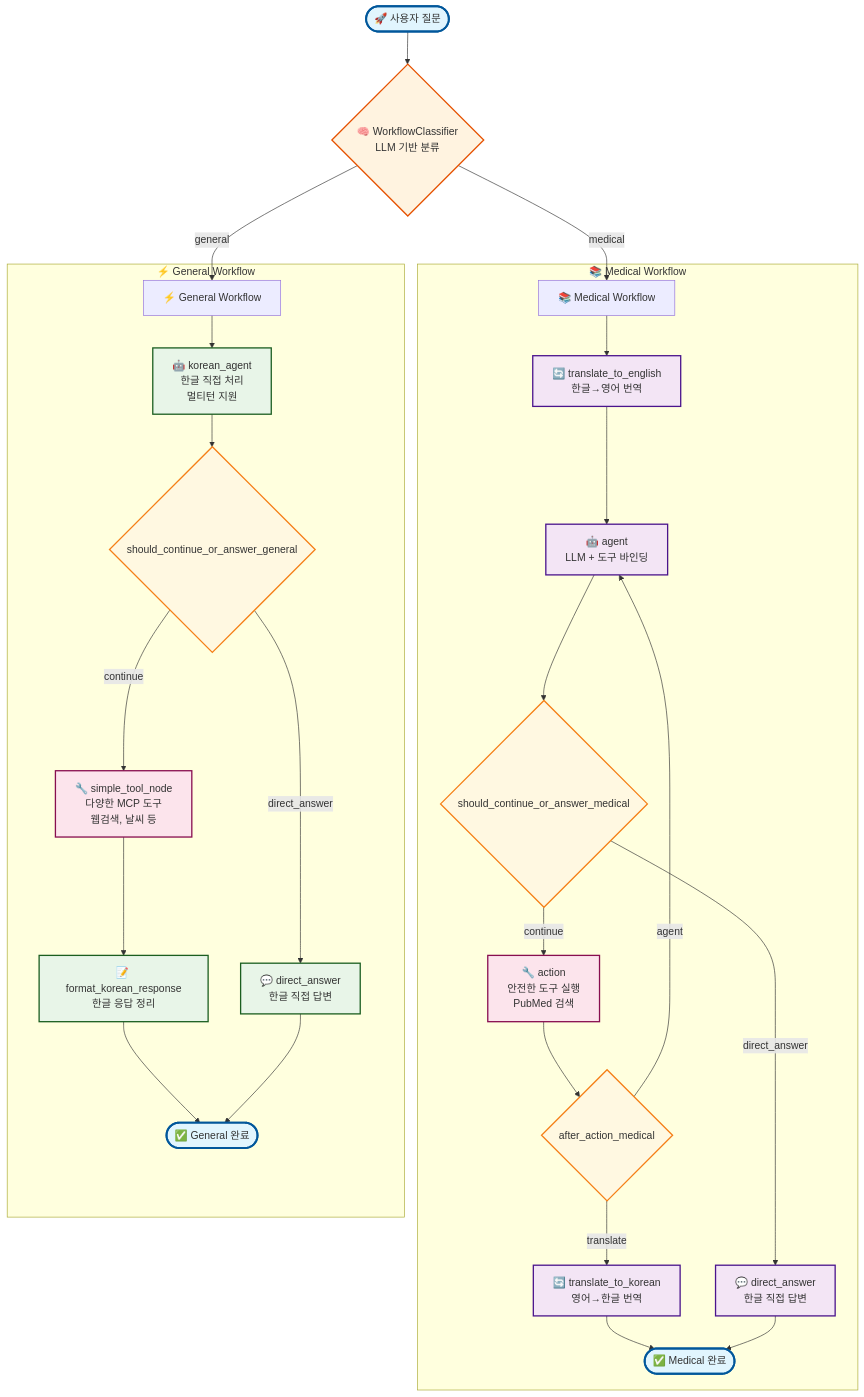
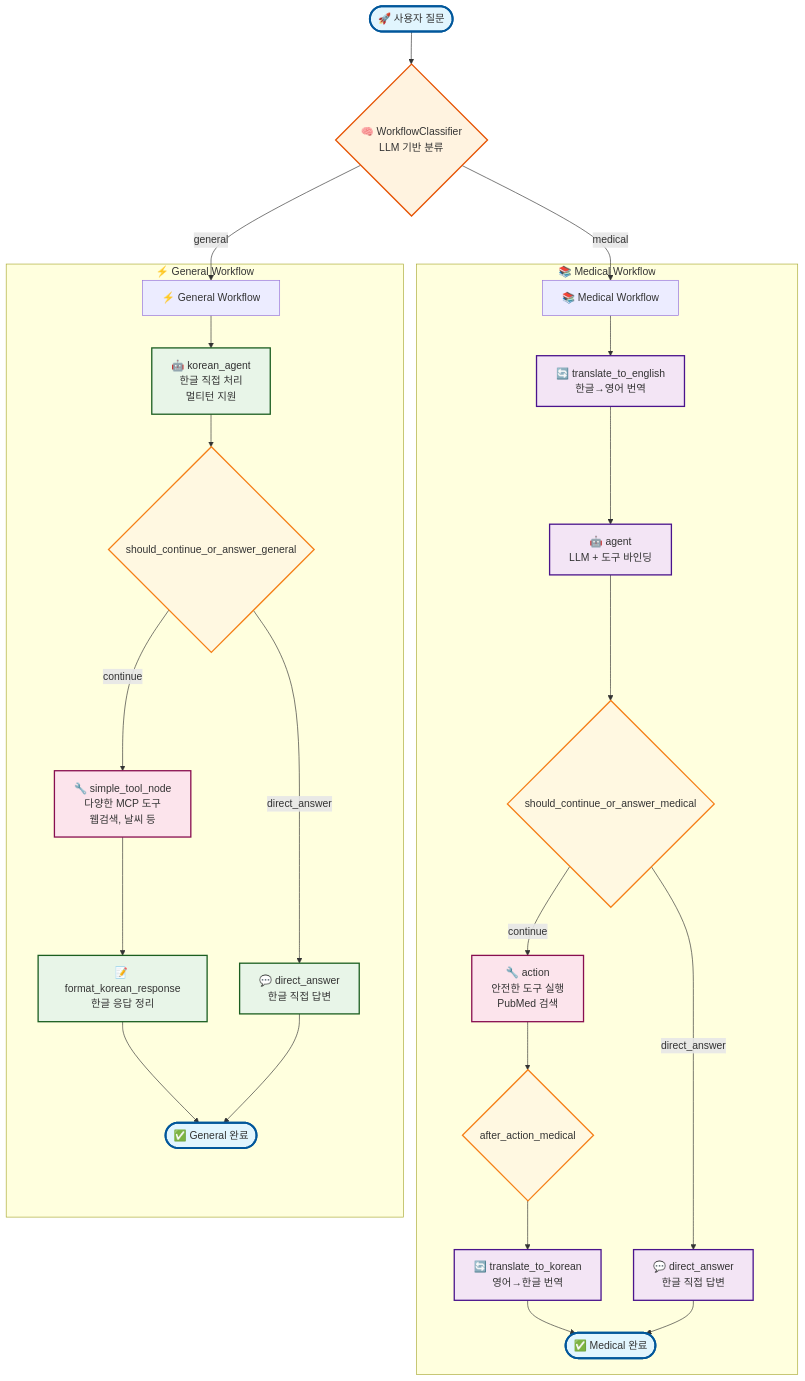
One commit to meloncan/Med-Search changed the first of 6 diagrams in README.md. Above: the diagram before and after it, drawn with Mermaid. The commit also changed other lines of this file, not shown here.

````diff
--- a/README.md
+++ b/README.md
@@ -41,48 +41,47 @@
 ```mermaid
 graph TD
     START([🚀 사용자 질문]) --> CLASSIFIER{🧠 WorkflowClassifier<br/>LLM 기반 분류}
     
     %% 분류 결과에 따른 워크플로우 선택
     CLASSIFIER -->|medical| MED_START[📚 Medical Workflow]
     CLASSIFIER -->|general| GEN_START[⚡ General Workflow]
     
     %% Medical Workflow
     subgraph MEDICAL [📚 Medical Workflow ]
         MED_START --> TRANSLATE_EN[🔄 translate_to_english<br/>한글→영어 번역]
         TRANSLATE_EN --> MED_AGENT[🤖 agent<br/>LLM + 도구 바인딩]
         MED_AGENT --> MED_DECISION{should_continue_or_answer_medical}
         MED_DECISION -->|continue| MED_ACTION[🔧 action<br/>안전한 도구 실행<br/>PubMed 검색]
         MED_DECISION -->|direct_answer| MED_DIRECT[💬 direct_answer<br/>한글 직접 답변]
         MED_ACTION --> AFTER_ACTION{after_action_medical}
-        AFTER_ACTION -->|agent| MED_AGENT
-        AFTER_ACTION -->|translate| TRANSLATE_KR[🔄 translate_to_korean<br/>영어→한글 번역]
+        AFTER_ACTION --> TRANSLATE_KR[🔄 translate_to_korean<br/>영어→한글 번역]
         TRANSLATE_KR --> MED_END([✅ Medical 완료])
         MED_DIRECT --> MED_END
     end
     
     %% General Workflow
     subgraph GENERAL [⚡ General Workflow ]
         GEN_START --> GEN_AGENT[🤖 korean_agent<br/>한글 직접 처리<br/>멀티턴 지원]
         GEN_AGENT --> GEN_DECISION{should_continue_or_answer_general}
         GEN_DECISION -->|continue| GEN_ACTION[🔧 simple_tool_node<br/>다양한 MCP 도구<br/>웹검색, 날씨 등]
         GEN_DECISION -->|direct_answer| GEN_DIRECT[💬 direct_answer<br/>한글 직접 답변]
         GEN_ACTION --> FORMAT[📝 format_korean_response<br/>한글 응답 정리]
         FORMAT --> GEN_END([✅ General 완료])
         GEN_DIRECT --> GEN_END
     end
     
     %% 스타일링
     classDef startEnd fill:#e1f5fe,stroke:#01579b,stroke-width:3px
     classDef classifier fill:#fff3e0,stroke:#e65100,stroke-width:2px
     classDef medical fill:#f3e5f5,stroke:#4a148c,stroke-width:2px
     classDef general fill:#e8f5e8,stroke:#1b5e20,stroke-width:2px
     classDef decision fill:#fff8e1,stroke:#f57f17,stroke-width:2px
     classDef action fill:#fce4ec,stroke:#880e4f,stroke-width:2px
     
     class START,MED_END,GEN_END startEnd
     class CLASSIFIER classifier
     class TRANSLATE_EN,MED_AGENT,TRANSLATE_KR,MED_DIRECT medical
     class GEN_AGENT,GEN_ACTION,FORMAT,GEN_DIRECT general
     class MED_DECISION,AFTER_ACTION,GEN_DECISION decision
     class MED_ACTION,GEN_ACTION action
 ```
````
